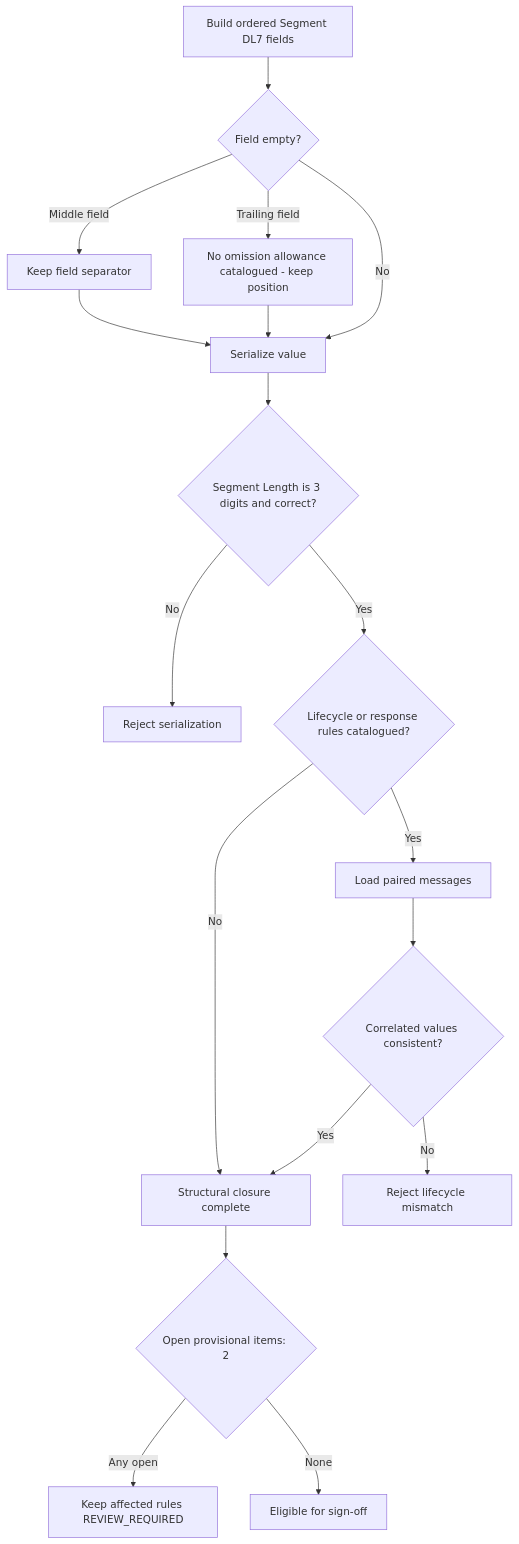
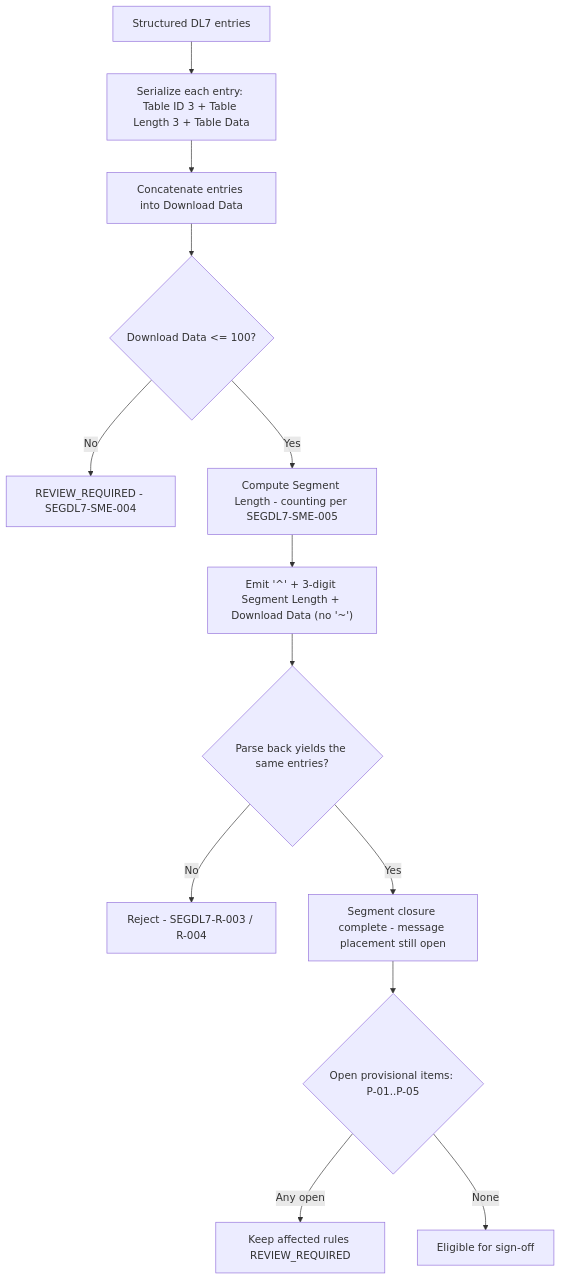
Before and after one commit to DhanSingh-hub/core-auth-ai-validation-framework: the diagram in regression-artifact-validator/specifications/ATL105/docs/specs/kb/segment-DL7/final-closure-flow.md, drawn with Mermaid. The commit also changed other lines of this file and 28 other files, not shown here.

````diff
--- a/regression-artifact-validator/specifications/ATL105/docs/specs/kb/segment-DL7/final-closure-flow.md
+++ b/regression-artifact-validator/specifications/ATL105/docs/specs/kb/segment-DL7/final-closure-flow.md
@@ -3,21 +3,15 @@
 ```mermaid
 flowchart TD
-    A[Build ordered Segment DL7 fields] --> B{Field empty?}
-    B -->|Middle field| C[Keep field separator]
-    B -->|Trailing field| D[No omission allowance catalogued - keep position]
-    C --> F
-    D --> F
-    B -->|No| F[Serialize value]
-    F --> G{Segment Length is 3 digits and correct?}
-    G -->|No| X1[Reject serialization]
-    G -->|Yes| I
-    I{Lifecycle or response rules catalogued?}
-    I -->|No| Z[Structural closure complete]
-    I -->|Yes| J[Load paired messages]
-    J --> K{Correlated values consistent?}
-    K -->|No| X2[Reject lifecycle mismatch]
-    K -->|Yes| Z
-    Z --> P{Open provisional items: 2}
+    A[Structured DL7 entries] --> B[Serialize each entry: Table ID 3 + Table Length 3 + Table Data]
+    B --> C[Concatenate entries into Download Data]
+    C --> D{Download Data <= 100?}
+    D -->|No| R1[REVIEW_REQUIRED - SEGDL7-SME-004]
+    D -->|Yes| E[Compute Segment Length - counting per SEGDL7-SME-005]
+    E --> F["Emit '^' + 3-digit Segment Length + Download Data (no '~')"]
+    F --> G{Parse back yields the same entries?}
+    G -->|No| X1[Reject - SEGDL7-R-003 / R-004]
+    G -->|Yes| Z[Segment closure complete - message placement still open]
+    Z --> P{Open provisional items: P-01..P-05}
     P -->|Any open| R[Keep affected rules REVIEW_REQUIRED]
     P -->|None| S[Eligible for sign-off]
 ```
````
